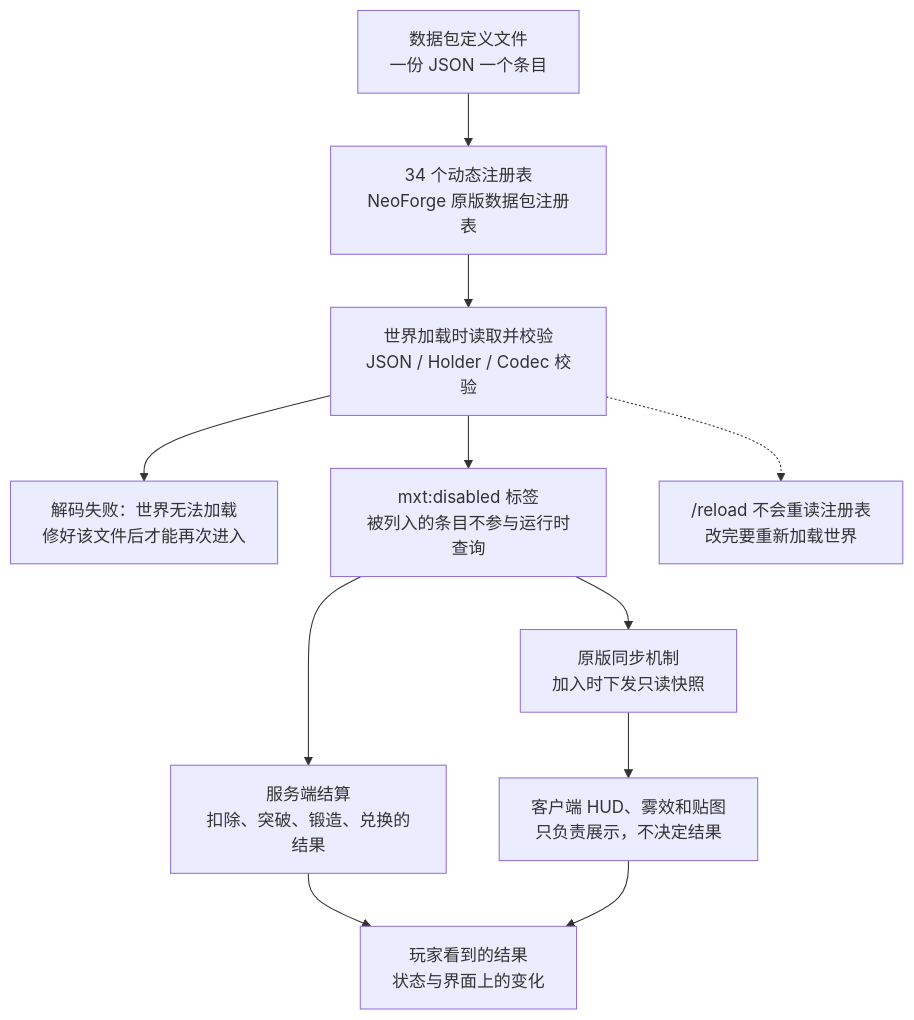
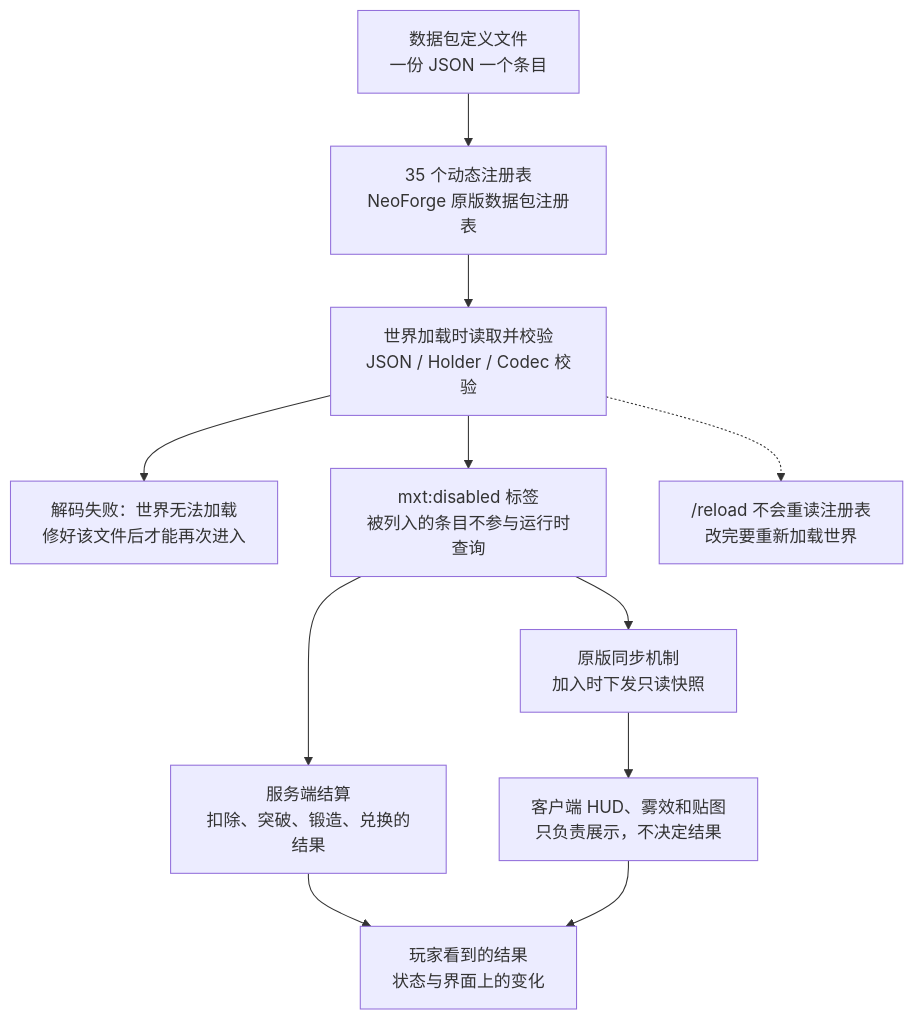
Before and after one commit to IAFEnvoy/mxt-docs: the diagram in docs/datapack/overview.md, drawn with Mermaid. The commit also changed other lines of this file and 180 other files, not shown here.

````diff
--- a/docs/datapack/overview.md
+++ b/docs/datapack/overview.md
@@ -92,13 +109,13 @@
 ```mermaid
 flowchart TD
-    A["数据包定义文件<br/>一份 JSON 一个条目"] --> B["34 个动态注册表<br/>NeoForge 原版数据包注册表"]
+    A["数据包定义文件<br/>一份 JSON 一个条目"] --> B["35 个动态注册表<br/>NeoForge 原版数据包注册表"]
     B --> C["世界加载时读取并校验<br/>JSON / Holder / Codec 校验"]
     C --> D["解码失败：世界无法加载<br/>修好该文件后才能再次进入"]
     C --> E["mxt:disabled 标签<br/>被列入的条目不参与运行时查询"]
     E --> F["原版同步机制<br/>加入时下发只读快照"]
     E --> G["服务端结算<br/>扣除、突破、锻造、兑换的结果"]
     F --> H["客户端 HUD、雾效和贴图<br/>只负责展示，不决定结果"]
     G --> I["玩家看到的结果<br/>状态与界面上的变化"]
     H --> I
     C -.-> J["/reload 不会重读注册表<br/>改完要重新加载世界"]
 ```
````
